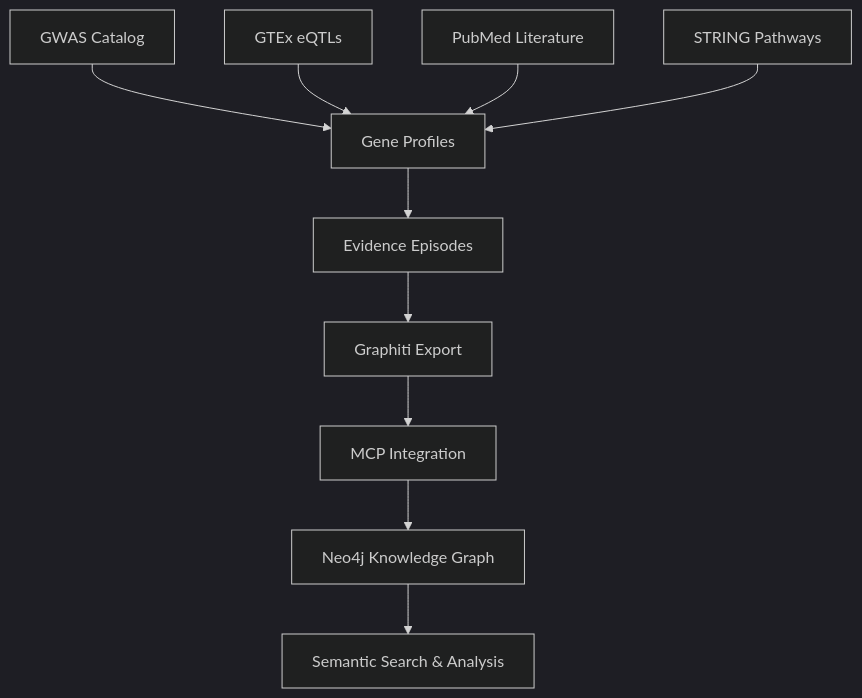
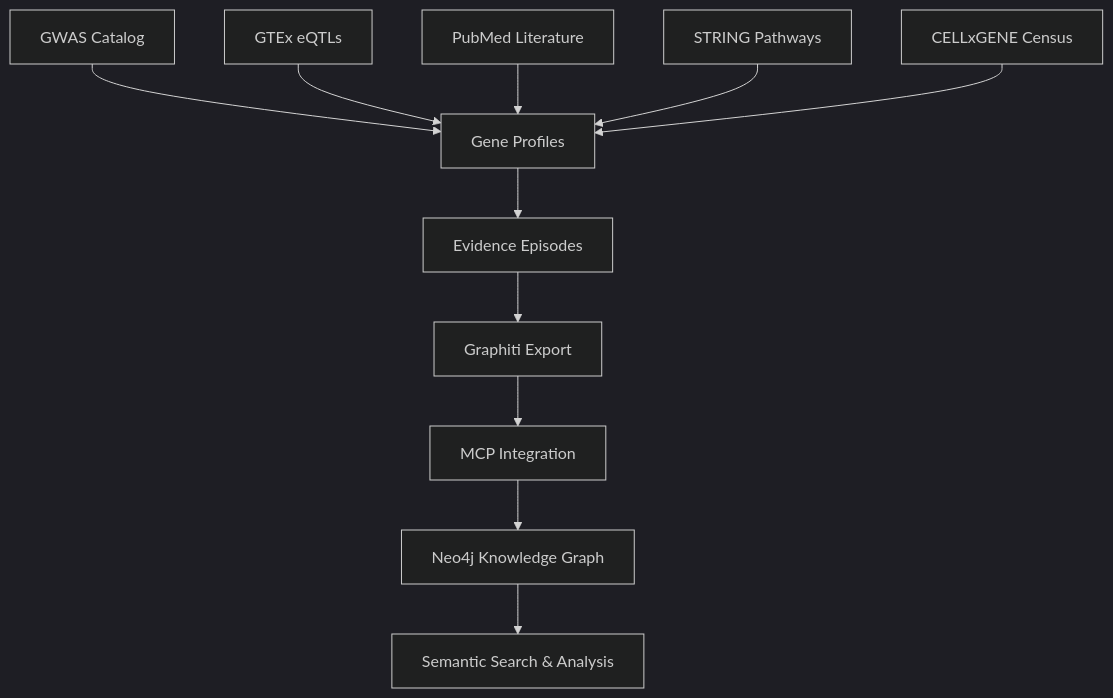
Before and after one commit to bmh2127/pd-target-identification: the diagram in README.md, drawn with Mermaid (dark theme). The commit also changed other lines of this file, not shown here.

First line of the commit message:
Update README.md to reflect recent enhancements and integration of CELLxGENE Census

````diff
--- a/README.md
+++ b/README.md
@@ -71,12 +82,13 @@
 ```mermaid
 graph TD
-    A[GWAS Catalog] --> E[Gene Profiles]
-    B[GTEx eQTLs] --> E
-    C[PubMed Literature] --> E
-    D[STRING Pathways] --> E
-    E --> F[Evidence Episodes]
-    F --> G[Graphiti Export]
-    G --> H[MCP Integration]
-    H --> I[Neo4j Knowledge Graph]
-    I --> J[Semantic Search & Analysis]
+    A[GWAS Catalog] --> F[Gene Profiles]
+    B[GTEx eQTLs] --> F
+    C[PubMed Literature] --> F
+    D[STRING Pathways] --> F
+    E[CELLxGENE Census] --> F
+    F --> G[Evidence Episodes]
+    G --> H[Graphiti Export]
+    H --> I[MCP Integration]
+    I --> J[Neo4j Knowledge Graph]
+    J --> K[Semantic Search & Analysis]
 ```
````
